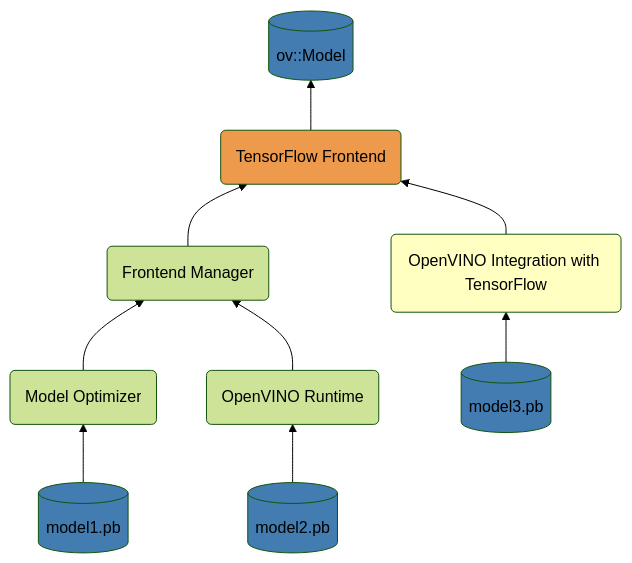
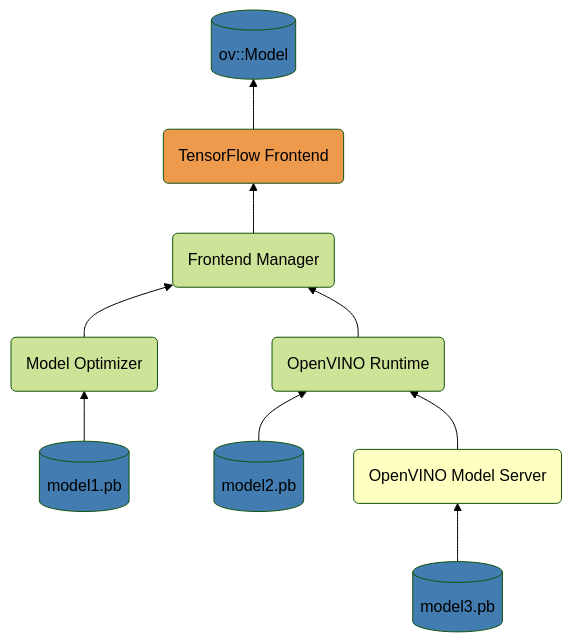
One commit to openvinotoolkit/openvino changed the first of 3 diagrams in src/frontends/tensorflow/README.md. Above: the diagram before and after it, drawn with Mermaid (forest theme). The commit also changed other lines of this file, not shown here.

Commit message:
[TF FE] Update TensorFlow Frontend developer guide

````diff
--- a/src/frontends/tensorflow/README.md
+++ b/src/frontends/tensorflow/README.md
@@ -8,23 +9,23 @@
 ```mermaid
 flowchart BT
     model[(model1.pb)]
     style model fill:#427cb0
     model2[(model2.pb)]
     style model2 fill:#427cb0
     model3[(model3.pb)]
     style model3 fill:#427cb0
     ov_model[(ov::Model)]
     style ov_model fill:#427cb0
-    ovtf(OpenVINO Integration with TensorFlow)
-    style ovtf fill:#ffffc2
+    ovms(OpenVINO Model Server)
+    style ovms fill:#ffffc2
     tf_fe(TensorFlow Frontend)
     style tf_fe fill:#ee9a4d
     fem(Frontend Manager)
     mo(Model Optimizer)
     ov_runtime(OpenVINO Runtime)
     model --> mo --> fem --> tf_fe
     model2 --> ov_runtime --> fem
-    model3 --> ovtf --> tf_fe
+    model3 --> ovms --> ov_runtime
     tf_fe --> ov_model
-    click ovtf "https://github.com/openvinotoolkit/openvino_tensorflow"
+    click ovms "https://github.com/openvinotoolkit/model_server"
 ```
````
